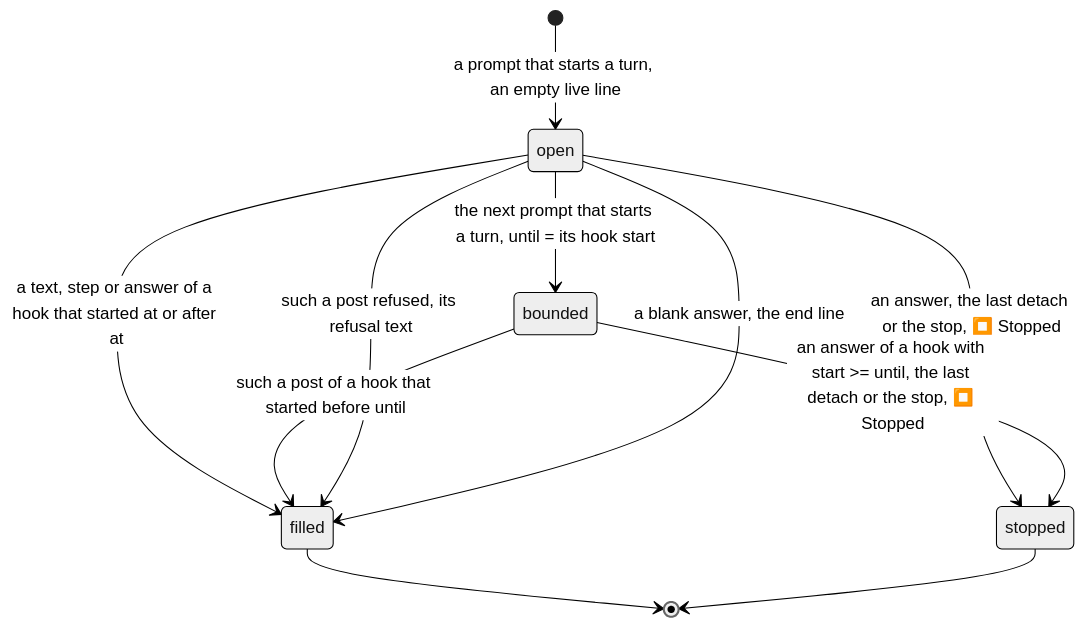
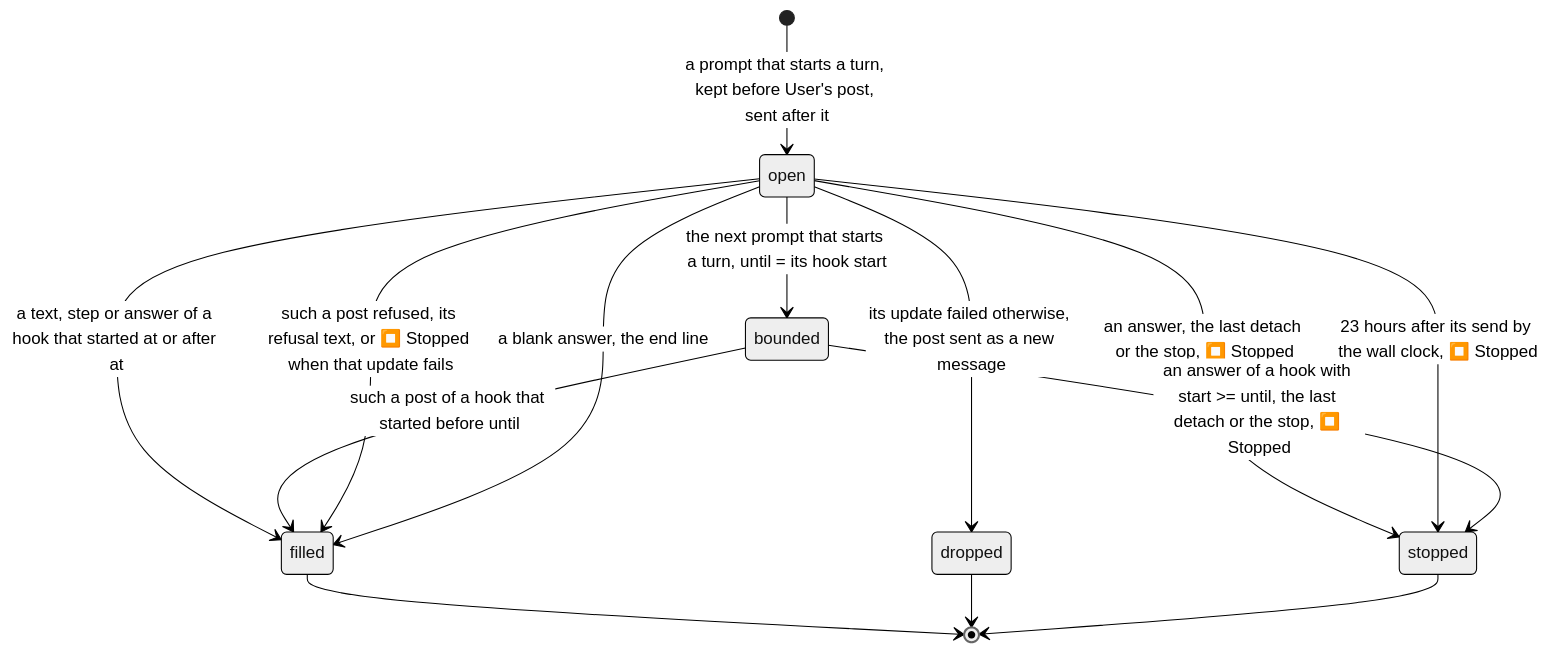
The fourth of 4 diagrams in plans/2026-11-13-mcp-live-answers.md (simplex-chat/simplex-chat), drawn with Mermaid (neutral theme) before and after one commit. The commit also changed other lines of this file and 7 other files, not shown here.

First line of the commit message:
mcp: live posts survive a lost opening message and end within a day

````diff
--- a/plans/2026-11-13-mcp-live-answers.md
+++ b/plans/2026-11-13-mcp-live-answers.md
@@ -408,13 +420,16 @@
 ```mermaid
 stateDiagram-v2
-  [*] --> open: a prompt that starts a turn, an empty live line
+  [*] --> open: a prompt that starts a turn, kept before User's post, sent after it
   open --> bounded: the next prompt that starts a turn, until = its hook start
   open --> filled: a text, step or answer of a hook that started at or after at
   bounded --> filled: such a post of a hook that started before until
-  open --> filled: such a post refused, its refusal text
+  open --> filled: such a post refused, its refusal text, or ⏹️ Stopped when that update fails
   open --> filled: a blank answer, the end line
+  open --> dropped: its update failed otherwise, the post sent as a new message
   open --> stopped: an answer, the last detach or the stop, ⏹️ Stopped
+  open --> stopped: 23 hours after its send by the wall clock, ⏹️ Stopped
   bounded --> stopped: an answer of a hook with start >= until, the last detach or the stop, ⏹️ Stopped
   filled --> [*]
+  dropped --> [*]
   stopped --> [*]
 ```
````
